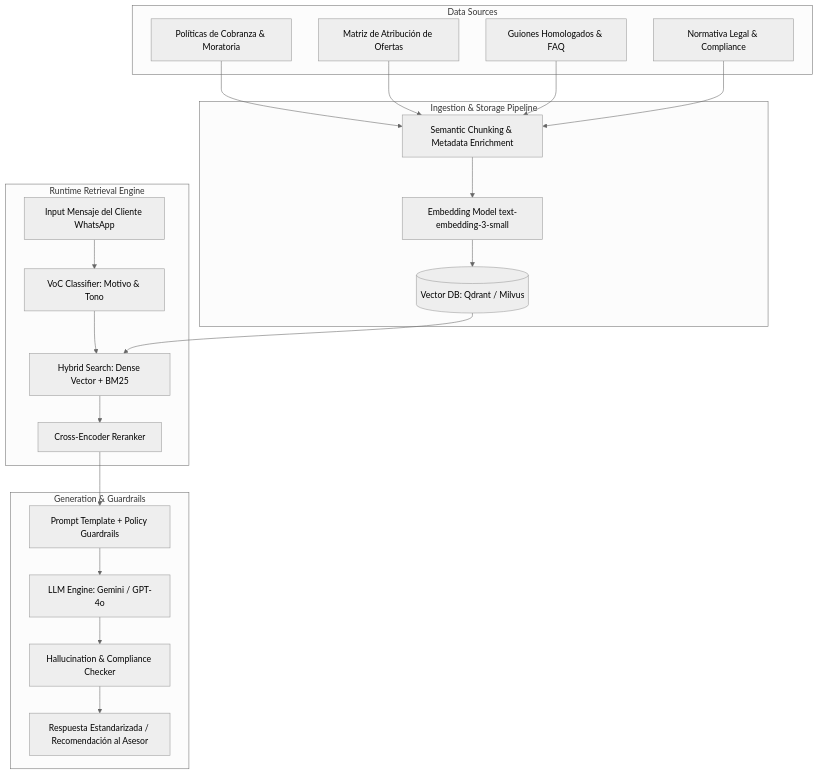
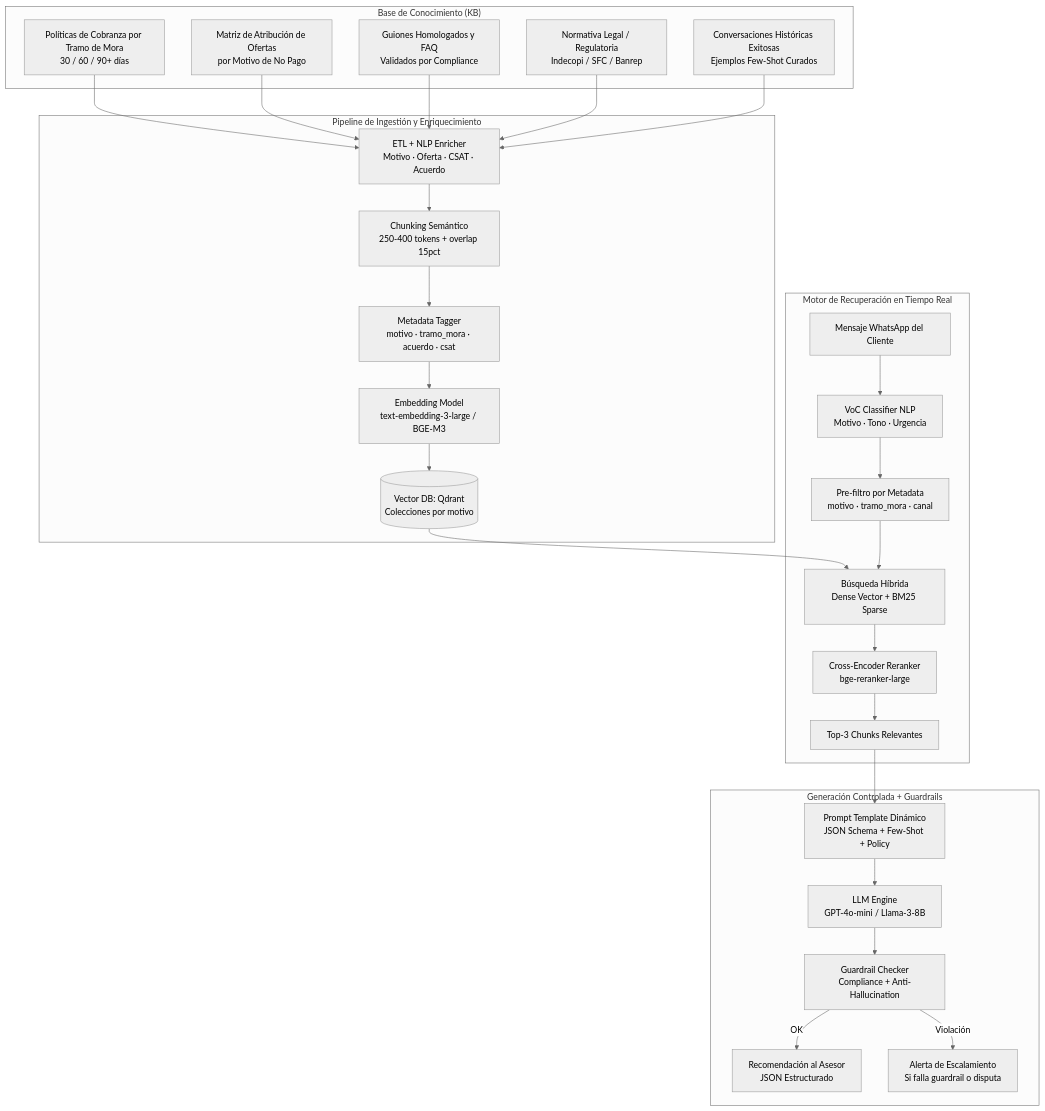
One commit to lilchompi/Proyecto-Voice-of-Customer-VoC-NLP-IA-Generativa-y-Anal-tica-Conversacional changed the first of 5 diagrams in propuesta_rag_estandarizacion.md. Above: the diagram before and after it, drawn with Mermaid (neutral theme). The commit also changed other lines of this file and 19 other files, not shown here.

````diff
--- a/propuesta_rag_estandarizacion.md
+++ b/propuesta_rag_estandarizacion.md
@@ -16,40 +194,50 @@
 ```mermaid
 flowchart TD
-    subgraph Data Sources
-        KB1[Políticas de Cobranza & Moratoria]
-        KB2[Matriz de Atribución de Ofertas]
-        KB3[Guiones Homologados & FAQ]
-        KB4[Normativa Legal & Compliance]
+    subgraph DATA_SOURCES["Base de Conocimiento (KB)"]
+        KB1[Políticas de Cobranza por Tramo de Mora\n30 / 60 / 90+ días]
+        KB2[Matriz de Atribución de Ofertas\npor Motivo de No Pago]
+        KB3[Guiones Homologados y FAQ\nValidados por Compliance]
+        KB4[Normativa Legal / Regulatoria\nIndecopi / SFC / Banrep]
+        KB5[Conversaciones Históricas Exitosas\nEjemplos Few-Shot Curados]
     end
 
-    subgraph Ingestion & Storage Pipeline
-        C[Semantic Chunking & Metadata Enrichment]
-        E[Embedding Model text-embedding-3-small]
-        VDB[(Vector DB: Qdrant / Milvus)]
+    subgraph INGESTION["Pipeline de Ingestión y Enriquecimiento"]
+        ETL[ETL + NLP Enricher\nMotivo · Oferta · CSAT · Acuerdo]
+        CHK[Chunking Semántico\n250-400 tokens + overlap 15pct]
+        META[Metadata Tagger\nmotivo · tramo_mora · acuerdo · csat]
+        EMB[Embedding Model\ntext-embedding-3-large / BGE-M3]
+        VDB[(Vector DB: Qdrant\nColecciones por motivo)]
     end
 
-    subgraph Runtime Retrieval Engine
-        Q[Input Mensaje del Cliente WhatsApp]
-        NLU[VoC Classifier: Motivo & Tono]
-        HR[Hybrid Search: Dense Vector + BM25]
-        RR[Cross-Encoder Reranker]
+    subgraph RUNTIME["Motor de Recuperación en Tiempo Real"]
+        WA[Mensaje WhatsApp del Cliente]
+        VOC[VoC Classifier NLP\nMotivo · Tono · Urgencia]
+        FILTER[Pre-filtro por Metadata\nmotivo · tramo_mora · canal]
+        HYB[Búsqueda Híbrida\nDense Vector + BM25 Sparse]
+        RR[Cross-Encoder Reranker\nbge-reranker-large]
+        TOP3[Top-3 Chunks Relevantes]
     end
 
-    subgraph Generation & Guardrails
-        P[Prompt Template + Policy Guardrails]
-        LLM[LLM Engine: Gemini / GPT-4o]
-        HC[Hallucination & Compliance Checker]
-        OUT[Respuesta Estandarizada / Recomendación al Asesor]
+    subgraph GENERATION["Generación Controlada + Guardrails"]
+        PT[Prompt Template Dinámico\nJSON Schema + Few-Shot + Policy]
+        LLM[LLM Engine\nGPT-4o-mini / Llama-3-8B]
+        GR[Guardrail Checker\nCompliance + Anti-Hallucination]
+        OUT[Recomendación al Asesor\nJSON Estructurado]
+        ALERT[Alerta de Escalamiento\nSi falla guardrail o disputa]
     end
 
-    KB1 --> C
-    KB2 --> C
-    KB3 --> C
-    KB4 --> C
-    C --> E --> VDB
+    KB1 --> ETL
+    KB2 --> ETL
+    KB3 --> ETL
+    KB4 --> ETL
+    KB5 --> ETL
+    ETL --> CHK --> META --> EMB --> VDB
 
-    Q --> NLU --> HR
-    VDB --> HR
-    HR --> RR --> P
-    P --> LLM --> HC --> OUT
+    WA --> VOC --> FILTER
+    VDB --> HYB
+    FILTER --> HYB --> RR --> TOP3
+
+    TOP3 --> PT --> LLM --> GR
+    GR -->|OK| OUT
+    GR -->|Violación| ALERT
 ```
````
